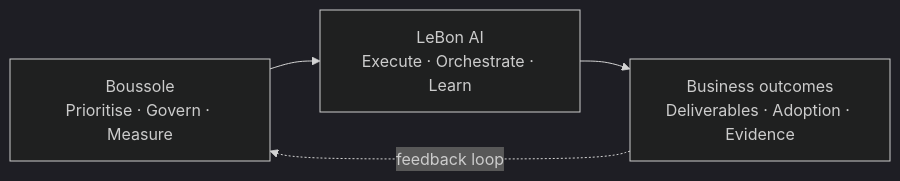
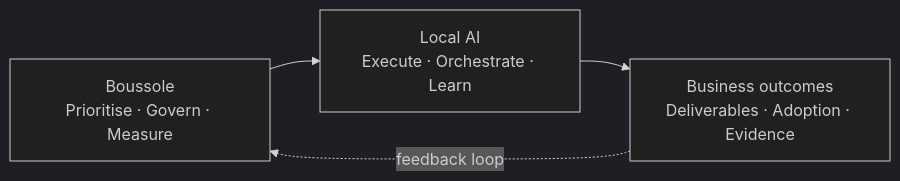
One commit to abbas-mistrah/lebon-ai changed the first of 2 diagrams in README.md. Above: the diagram before and after it, drawn with Mermaid (dark theme). The commit also changed other lines of this file and 8 other files, not shown here.

````diff
--- a/README.md
+++ b/README.md
@@ -25,6 +25,6 @@
 ```mermaid
 flowchart LR
-    A["Boussole<br/>Prioritise · Govern · Measure"] --> B["LeBon AI<br/>Execute · Orchestrate · Learn"]
+    A["Boussole<br/>Prioritise · Govern · Measure"] --> B["Local AI<br/>Execute · Orchestrate · Learn"]
     B --> C["Business outcomes<br/>Deliverables · Adoption · Evidence"]
     C -. "feedback loop" .-> A
 ```
````
